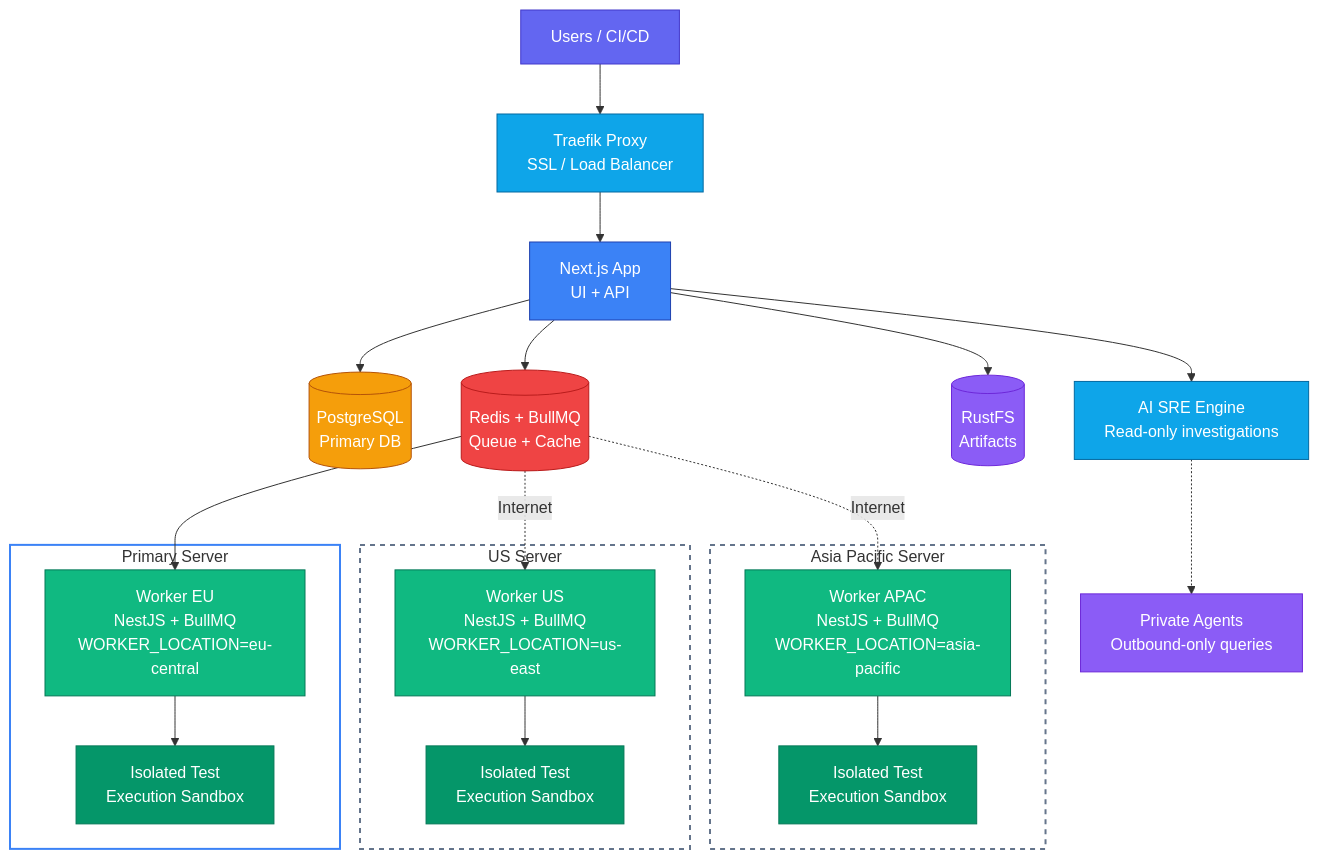
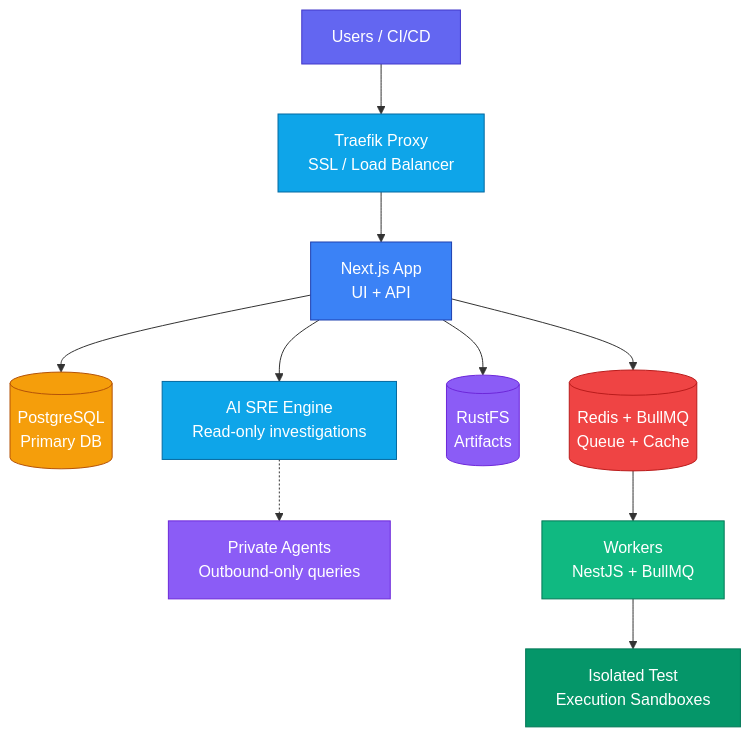
The diagram in README.md (supercheck-io/supercheck), drawn with Mermaid before and after one commit. The commit also changed other lines of this file and 16 other files, not shown here.

````diff
--- a/README.md
+++ b/README.md
@@ -91,42 +91,22 @@
 ```mermaid
 flowchart TB
     Users[Users / CI/CD] --> T[Traefik Proxy<br/>SSL / Load Balancer]
     T --> App[Next.js App<br/>UI + API]
     App --> DB[(PostgreSQL<br/>Primary DB)] & Redis[(Redis + BullMQ<br/>Queue + Cache)] & S3[(RustFS<br/>Artifacts)]
     App --> SRE[AI SRE Engine<br/>Read-only investigations]
     SRE -.-> Private[Private Agents<br/>Outbound-only queries]
 
-    Redis --> W_EU
-    Redis -.->|Internet| W_US
-    Redis -.->|Internet| W_APAC
-
-    subgraph PRIMARY["Primary Server"]
-        W_EU[Worker EU<br/>NestJS + BullMQ<br/>WORKER_LOCATION=eu-central] --> K3S_EU[Isolated Test<br/>Execution Sandbox]
-    end
-
-    subgraph US["US Server"]
-        W_US[Worker US<br/>NestJS + BullMQ<br/>WORKER_LOCATION=us-east] --> K3S_US[Isolated Test<br/>Execution Sandbox]
-    end
-
-    subgraph APAC["Asia Pacific Server"]
-        W_APAC[Worker APAC<br/>NestJS + BullMQ<br/>WORKER_LOCATION=asia-pacific] --> K3S_APAC[Isolated Test<br/>Execution Sandbox]
-    end
+    Redis --> Workers[Workers<br/>NestJS + BullMQ]
+    Workers --> Sandbox[Isolated Test<br/>Execution Sandboxes]
 
     style Users fill:#6366f1,stroke:#4338ca,color:#fff
     style T fill:#0ea5e9,stroke:#0369a1,color:#fff
     style App fill:#3b82f6,stroke:#1e40af,color:#fff
     style DB fill:#f59e0b,stroke:#b45309,color:#fff
     style Redis fill:#ef4444,stroke:#b91c1c,color:#fff
     style S3 fill:#8b5cf6,stroke:#6d28d9,color:#fff
     style SRE fill:#0ea5e9,stroke:#0369a1,color:#fff
     style Private fill:#8b5cf6,stroke:#6d28d9,color:#fff
-    style W_EU fill:#10b981,stroke:#047857,color:#fff
-    style W_US fill:#10b981,stroke:#047857,color:#fff
-    style W_APAC fill:#10b981,stroke:#047857,color:#fff
-    style K3S_EU fill:#059669,stroke:#047857,color:#fff
-    style K3S_US fill:#059669,stroke:#047857,color:#fff
-    style K3S_APAC fill:#059669,stroke:#047857,color:#fff
-    style PRIMARY fill:none,stroke:#3b82f6,stroke-width:2px
-    style US fill:none,stroke:#64748b,stroke-width:2px,stroke-dasharray: 5 5
-    style APAC fill:none,stroke:#64748b,stroke-width:2px,stroke-dasharray: 5 5
+    style Workers fill:#10b981,stroke:#047857,color:#fff
+    style Sandbox fill:#059669,stroke:#047857,color:#fff
 ```
````
